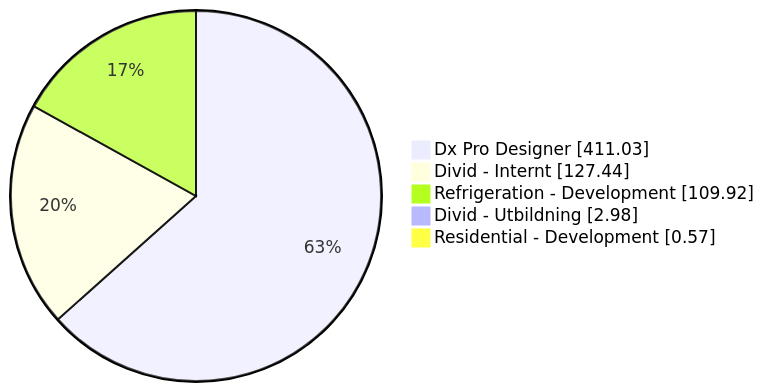
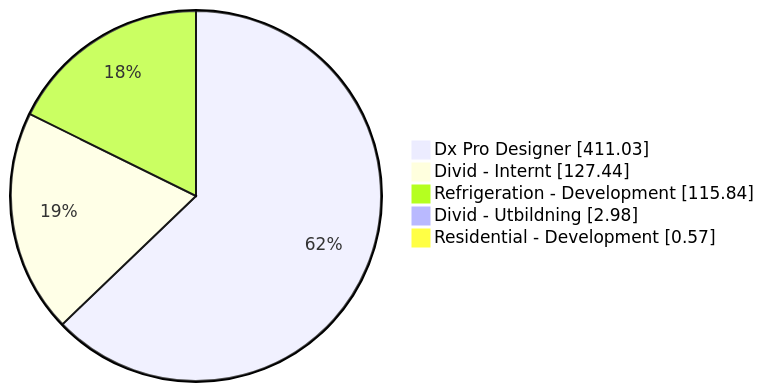
The first of 5 diagrams in README.org (albinforsberg-netizen/timeclock), drawn with Mermaid before and after one commit. The commit also changed other lines of this file, not shown here.

```diff
--- a/README.org
+++ b/README.org
@@ -32,8 +32,8 @@
 #+begin_src mermaid
 pie showData
     "Dx Pro Designer" : 411.03
     "Divid - Internt" : 127.44
-    "Refrigeration - Development" : 109.92
+    "Refrigeration - Development" : 115.84
     "Divid - Utbildning" : 2.98
     "Residential - Development" : 0.57
 #+end_src
```
